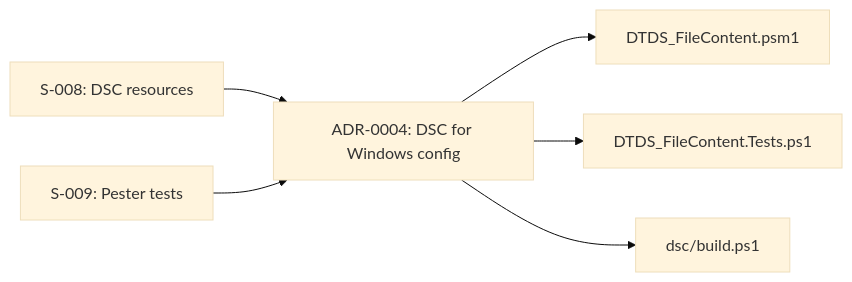
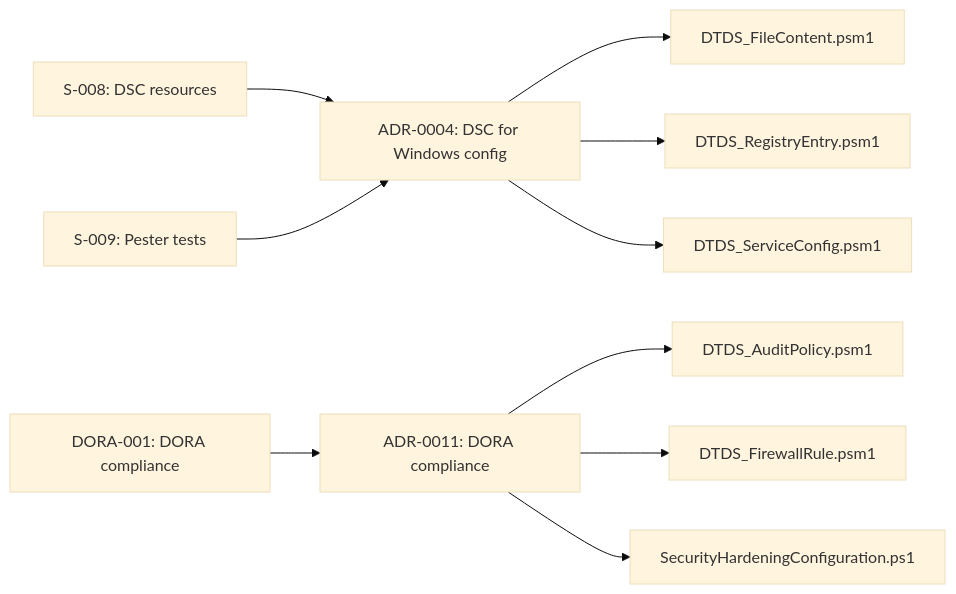
The second of 2 diagrams in example/docs/dsc/index.md (DevelApp-ai/deterministic-technical-design-specification), drawn with Mermaid (base theme) before and after one commit. The commit also changed other lines of this file and 36 other files, not shown here.

````diff
--- a/example/docs/dsc/index.md
+++ b/example/docs/dsc/index.md
@@ -122,8 +243,12 @@
 ```mermaid
 graph LR
     S008["S-008: DSC resources"] --> ADR004["ADR-0004: DSC for Windows config"]
+    DORA001["DORA-001: DORA compliance"] --> ADR011["ADR-0011: DORA compliance"]
     S009["S-009: Pester tests"] --> ADR004
-    ADR004 --> RES["DTDS_FileContent.psm1"]
-    ADR004 --> TESTS["DTDS_FileContent.Tests.ps1"]
-    ADR004 --> BUILD["dsc/build.ps1"]
+    ADR004 --> FC["DTDS_FileContent.psm1"]
+    ADR004 --> RE["DTDS_RegistryEntry.psm1"]
+    ADR004 --> SC["DTDS_ServiceConfig.psm1"]
+    ADR011 --> AP["DTDS_AuditPolicy.psm1"]
+    ADR011 --> FR["DTDS_FirewallRule.psm1"]
+    ADR011 --> SHC["SecurityHardeningConfiguration.ps1"]
 ```
````
